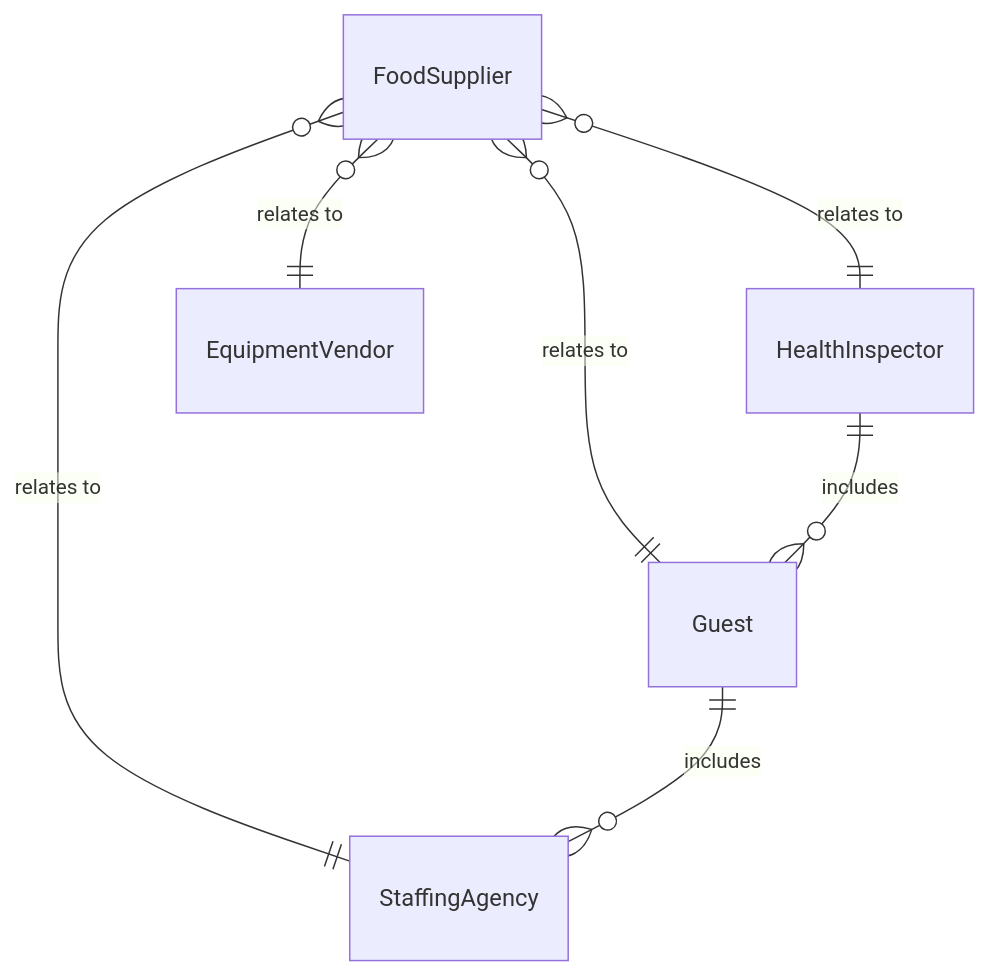
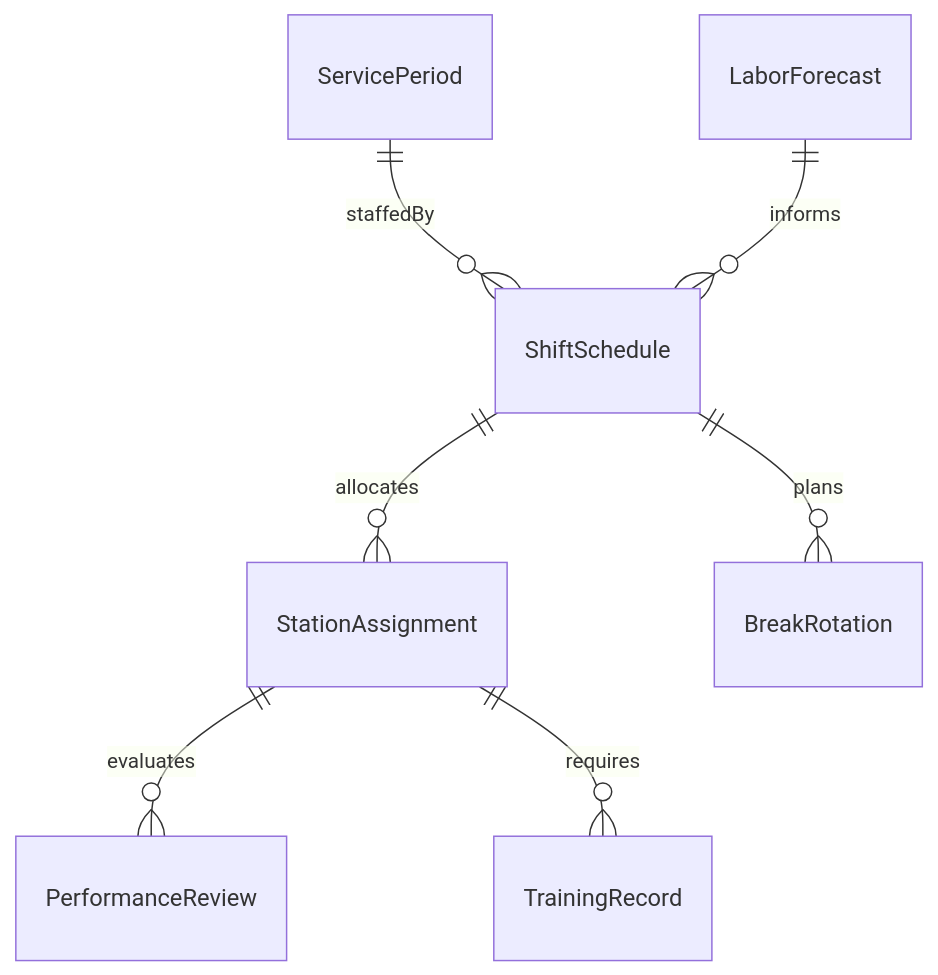
One commit to dot-org-ai/tasks.org.ai changed the first of 4 diagrams in GuidingDirectingAndMotivatingSubordinates/DirectOrganizationalOperationsActivitiesOrProcedures/CoordinateActivitiesFoodServiceStaff.mdx. Above: the diagram before and after it, drawn with Mermaid. The commit also changed other lines of this file and 515 other files, not shown here.

````diff
--- a/GuidingDirectingAndMotivatingSubordinates/DirectOrganizationalOperationsActivitiesOrProcedures/CoordinateActivitiesFoodServiceStaff.mdx
+++ b/GuidingDirectingAndMotivatingSubordinates/DirectOrganizationalOperationsActivitiesOrProcedures/CoordinateActivitiesFoodServiceStaff.mdx
@@ -91,9 +91,9 @@
 ```mermaid
 erDiagram
-    FoodSupplier }o--|| HealthInspector : "relates to"
-    FoodSupplier }o--|| Guest : "relates to"
-    FoodSupplier }o--|| StaffingAgency : "relates to"
-    FoodSupplier }o--|| EquipmentVendor : "relates to"
-    HealthInspector ||--o{ Guest : includes
-    Guest ||--o{ StaffingAgency : includes
+    ShiftSchedule ||--o{ StationAssignment : allocates
+    ShiftSchedule ||--o{ BreakRotation : plans
+    ServicePeriod ||--o{ ShiftSchedule : staffedBy
+    LaborForecast ||--o{ ShiftSchedule : informs
+    StationAssignment ||--o{ PerformanceReview : evaluates
+    StationAssignment ||--o{ TrainingRecord : requires
 ```
````
